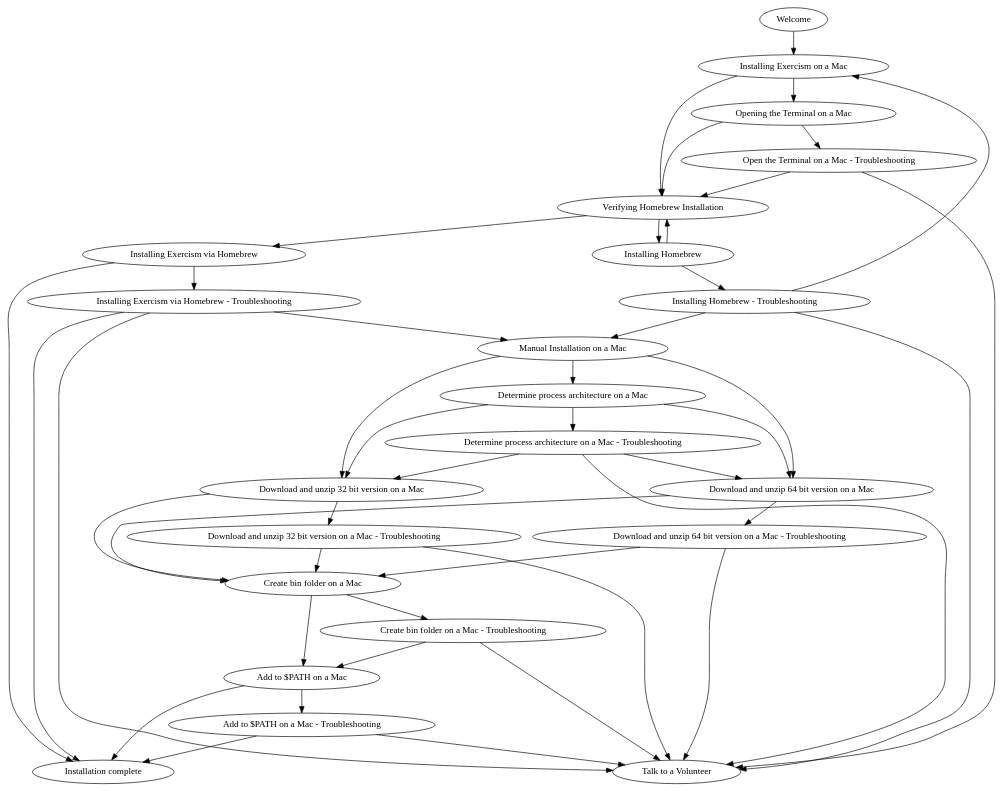
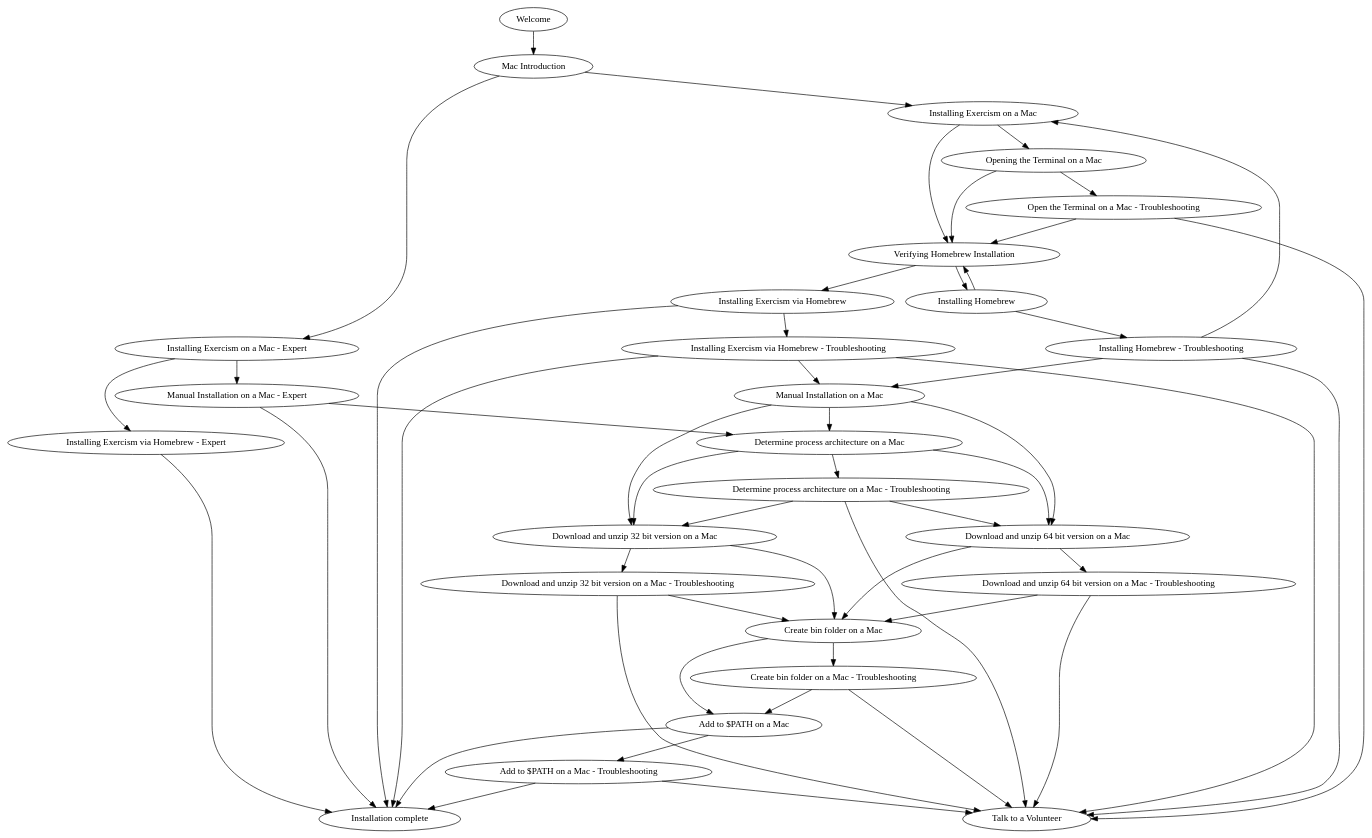
Before and after one commit to exercism/website-copy: the diagram in graph.dot, drawn with Graphviz. The commit also changed 9 other files, not shown here.

Commit message:
Add expert instructions for mac installation

```diff
--- a/graph.dot
+++ b/graph.dot
@@ -1,47 +1,54 @@
 digraph 
   {
-    "Welcome" -> "Installing Exercism on a Mac";
+    "Welcome" -> "Mac Introduction";
     "Add to $PATH on a Mac" -> "Installation complete";
     "Add to $PATH on a Mac" -> "Add to $PATH on a Mac - Troubleshooting";
     "Add to $PATH on a Mac - Troubleshooting" -> "Installation complete";
     "Add to $PATH on a Mac - Troubleshooting" -> "Talk to a Volunteer";
     "Create bin folder on a Mac" -> "Add to $PATH on a Mac";
     "Create bin folder on a Mac" -> "Create bin folder on a Mac - Troubleshooting";
     "Create bin folder on a Mac - Troubleshooting" -> "Add to $PATH on a Mac";
     "Create bin folder on a Mac - Troubleshooting" -> "Talk to a Volunteer";
     "Determine process architecture on a Mac" -> "Download and unzip 32 bit version on a Mac";
     "Determine process architecture on a Mac" -> "Download and unzip 64 bit version on a Mac";
     "Determine process architecture on a Mac" -> "Determine process architecture on a Mac - Troubleshooting";
     "Determine process architecture on a Mac - Troubleshooting" -> "Download and unzip 32 bit version on a Mac";
     "Determine process architecture on a Mac - Troubleshooting" -> "Download and unzip 64 bit version on a Mac";
     "Determine process architecture on a Mac - Troubleshooting" -> "Talk to a Volunteer";
     "Download and unzip 32 bit version on a Mac" -> "Create bin folder on a Mac";
     "Download and unzip 32 bit version on a Mac" -> "Download and unzip 32 bit version on a Mac - Troubleshooting";
     "Download and unzip 32 bit version on a Mac - Troubleshooting" -> "Create bin folder on a Mac";
     "Download and unzip 32 bit version on a Mac - Troubleshooting" -> "Talk to a Volunteer";
     "Download and unzip 64 bit version on a Mac" -> "Create bin folder on a Mac";
     "Download and unzip 64 bit version on a Mac" -> "Download and unzip 64 bit version on a Mac - Troubleshooting";
     "Download and unzip 64 bit version on a Mac - Troubleshooting" -> "Create bin folder on a Mac";
     "Download and unzip 64 bit version on a Mac - Troubleshooting" -> "Talk to a Volunteer";
+    "Installing Exercism on a Mac - Expert" -> "Installing Exercism via Homebrew - Expert";
+    "Installing Exercism on a Mac - Expert" -> "Manual Installation on a Mac - Expert";
+    "Installing Exercism via Homebrew - Expert" -> "Installation complete";
+    "Manual Installation on a Mac - Expert" -> "Installation complete";
+    "Manual Installation on a Mac - Expert" -> "Determine process architecture on a Mac";
+    "Installing Exercism on a Mac" -> "Verifying Homebrew Installation";
+    "Installing Exercism on a Mac" -> "Opening the Terminal on a Mac";
     "Installing Exercism via Homebrew" -> "Installation complete";
     "Installing Exercism via Homebrew" -> "Installing Exercism via Homebrew - Troubleshooting";
     "Installing Exercism via Homebrew - Troubleshooting" -> "Installation complete";
     "Installing Exercism via Homebrew - Troubleshooting" -> "Talk to a Volunteer";
     "Installing Exercism via Homebrew - Troubleshooting" -> "Manual Installation on a Mac";
     "Installing Homebrew" -> "Verifying Homebrew Installation";
     "Installing Homebrew" -> "Installing Homebrew - Troubleshooting";
     "Installing Homebrew - Troubleshooting" -> "Installing Exercism on a Mac";
     "Installing Homebrew - Troubleshooting" -> "Talk to a Volunteer";
     "Installing Homebrew - Troubleshooting" -> "Manual Installation on a Mac";
-    "Installing Exercism on a Mac" -> "Verifying Homebrew Installation";
-    "Installing Exercism on a Mac" -> "Opening the Terminal on a Mac";
+    "Mac Introduction" -> "Installing Exercism on a Mac - Expert";
+    "Mac Introduction" -> "Installing Exercism on a Mac";
     "Manual Installation on a Mac" -> "Download and unzip 32 bit version on a Mac";
     "Manual Installation on a Mac" -> "Download and unzip 64 bit version on a Mac";
     "Manual Installation on a Mac" -> "Determine process architecture on a Mac";
     "Opening the Terminal on a Mac" -> "Verifying Homebrew Installation";
     "Opening the Terminal on a Mac" -> "Open the Terminal on a Mac - Troubleshooting";
     "Open the Terminal on a Mac - Troubleshooting" -> "Verifying Homebrew Installation";
     "Open the Terminal on a Mac - Troubleshooting" -> "Talk to a Volunteer";
     "Verifying Homebrew Installation" -> "Installing Exercism via Homebrew";
     "Verifying Homebrew Installation" -> "Installing Homebrew";
   }
```
